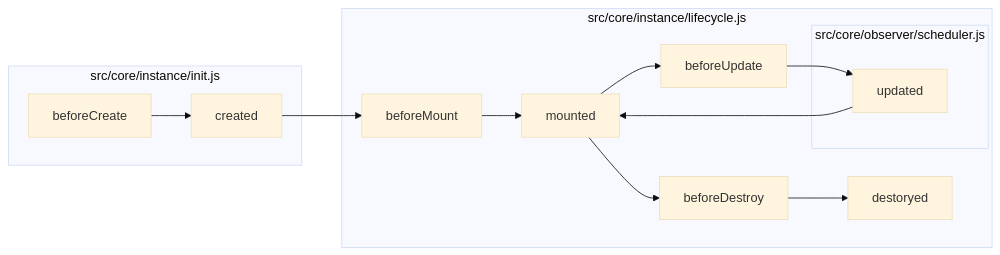
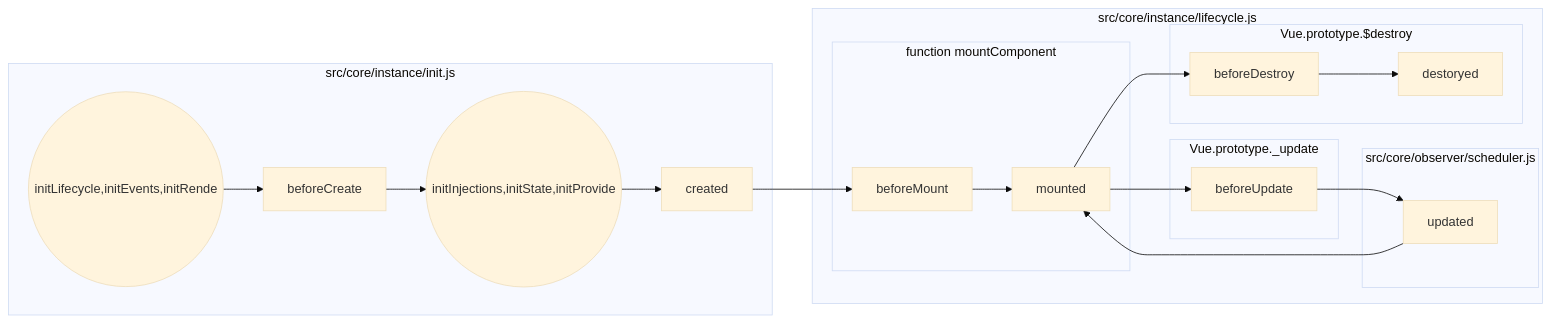
One commit to pbdm/posts changed the first of 2 diagrams in 2017-07-26-vue.md. Above: the diagram before and after it, drawn with Mermaid (base theme). The commit also changed other lines of this file and 10 other files, not shown here.

````diff
--- a/2017-07-26-vue.md
+++ b/2017-07-26-vue.md
@@ -48,21 +48,33 @@
 ```mermaid
 graph LR
+  b((initLifecycle,initEvents,initRende))
+  a((initInjections,initState,initProvide))
   subgraph src/core/instance/init.js
-  beforeCreate --> created
+  b --> beforeCreate
+  beforeCreate --> a
+  a --> created
   end
 
   subgraph src/core/instance/lifecycle.js
+  subgraph function mountComponent
   created --> beforeMount
   beforeMount --> mounted
+  end
   mounted --> beforeUpdate
 
   subgraph src/core/observer/scheduler.js
   updated
   end
 
+  subgraph Vue.prototype._update
+  beforeUpdate
+  end
+
   beforeUpdate --> updated
   updated --> mounted
+  subgraph Vue.prototype.$destroy
   mounted --> beforeDestroy
   beforeDestroy --> destoryed
+  end 
   end
 ```
````
